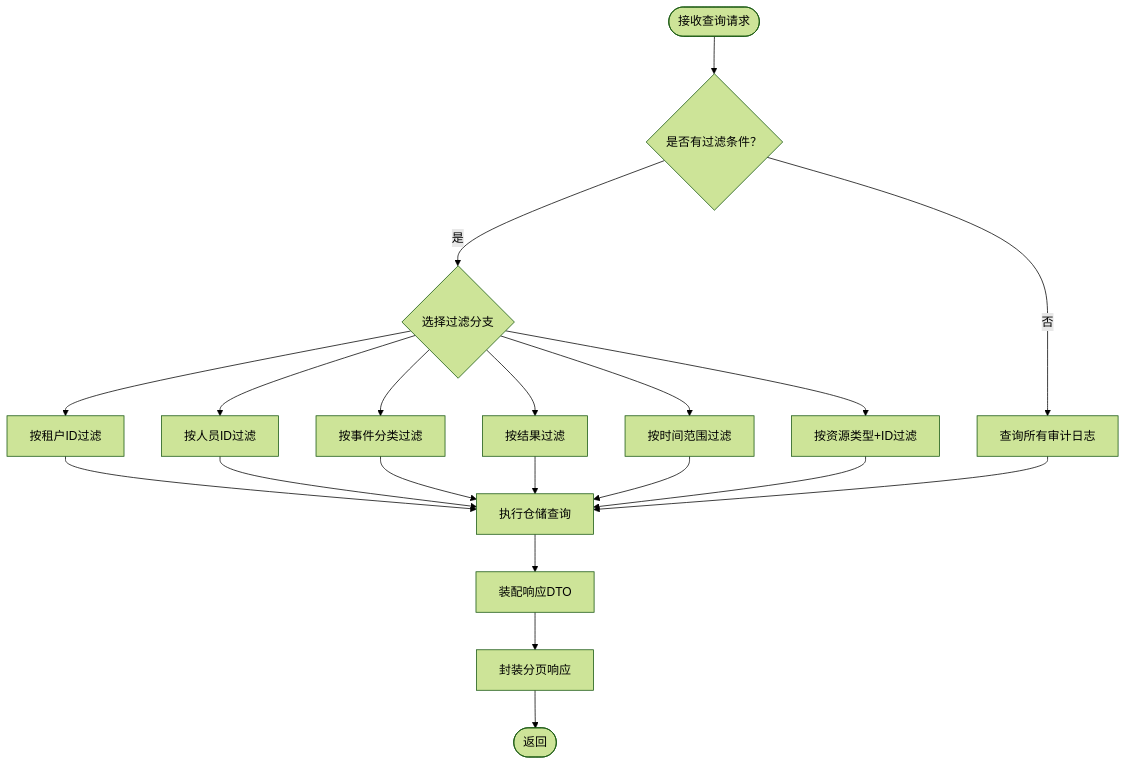
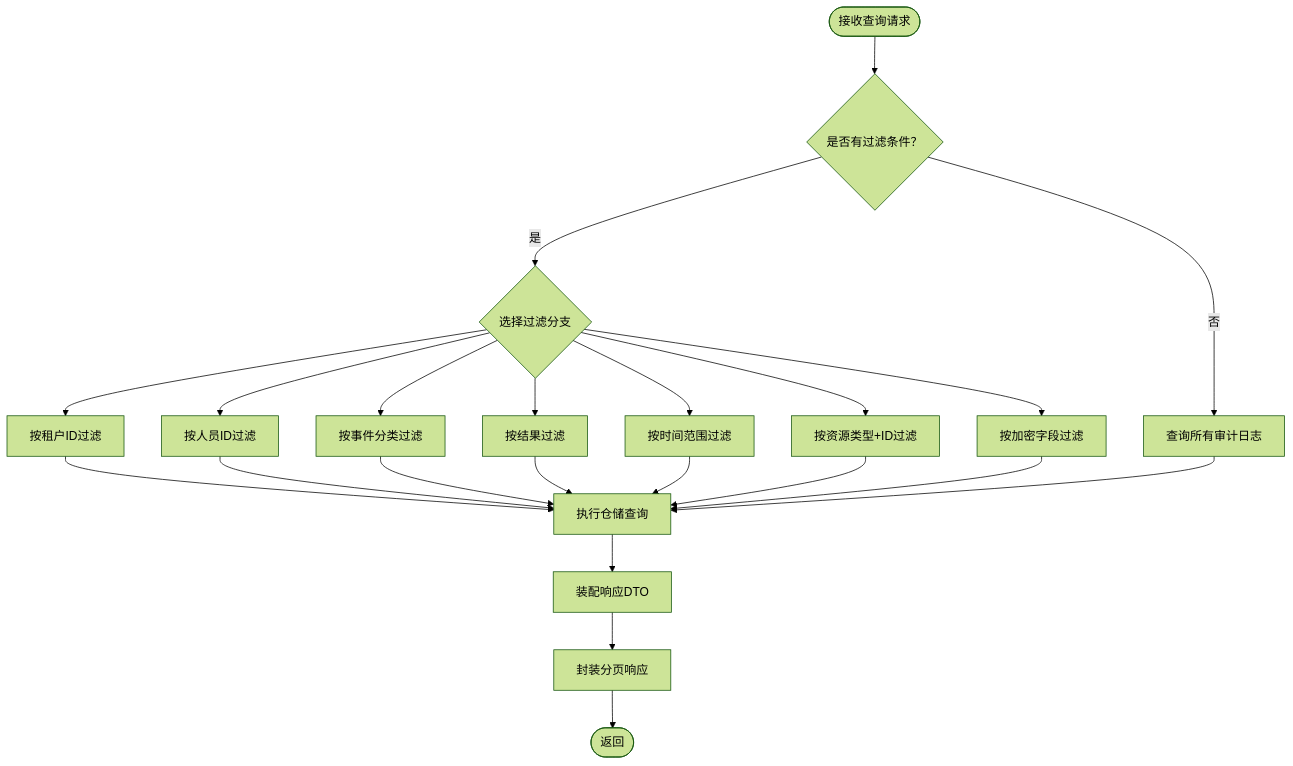
One commit to fq0121104930716/iam-platform changed the fifth of 6 diagrams in .qoder/repowiki/zh/content/项目概述/项目结构/管理服务器 (iam-admin-server)/审计日志系统.md. Above: the diagram before and after it, drawn with Mermaid (forest theme). The commit also changed other lines of this file and 46 other files, not shown here.

````diff
--- a/.qoder/repowiki/zh/content/项目概述/项目结构/管理服务器 (iam-admin-server)/审计日志系统.md
+++ b/.qoder/repowiki/zh/content/项目概述/项目结构/管理服务器 (iam-admin-server)/审计日志系统.md
@@ -353,22 +385,24 @@
 ```mermaid
 flowchart TD
 QStart(["接收查询请求"]) --> HasFilter{"是否有过滤条件？"}
 HasFilter --> |否| DefaultQuery["查询所有审计日志"]
 HasFilter --> |是| FilterBranch{"选择过滤分支"}
 FilterBranch --> TenantFilter["按租户ID过滤"]
 FilterBranch --> PersonFilter["按人员ID过滤"]
 FilterBranch --> CategoryFilter["按事件分类过滤"]
 FilterBranch --> ResultFilter["按结果过滤"]
 FilterBranch --> TimeFilter["按时间范围过滤"]
 FilterBranch --> ResourceFilter["按资源类型+ID过滤"]
+FilterBranch --> EncryptedFilter["按加密字段过滤"]
 TenantFilter --> ExecuteQuery["执行仓储查询"]
 PersonFilter --> ExecuteQuery
 CategoryFilter --> ExecuteQuery
 ResultFilter --> ExecuteQuery
 TimeFilter --> ExecuteQuery
 ResourceFilter --> ExecuteQuery
+EncryptedFilter --> ExecuteQuery
 DefaultQuery --> ExecuteQuery
 ExecuteQuery --> AssembleResponse["装配响应DTO"]
 AssembleResponse --> PageResponse["封装分页响应"]
 PageResponse --> QEnd(["返回"])
 ```
````
